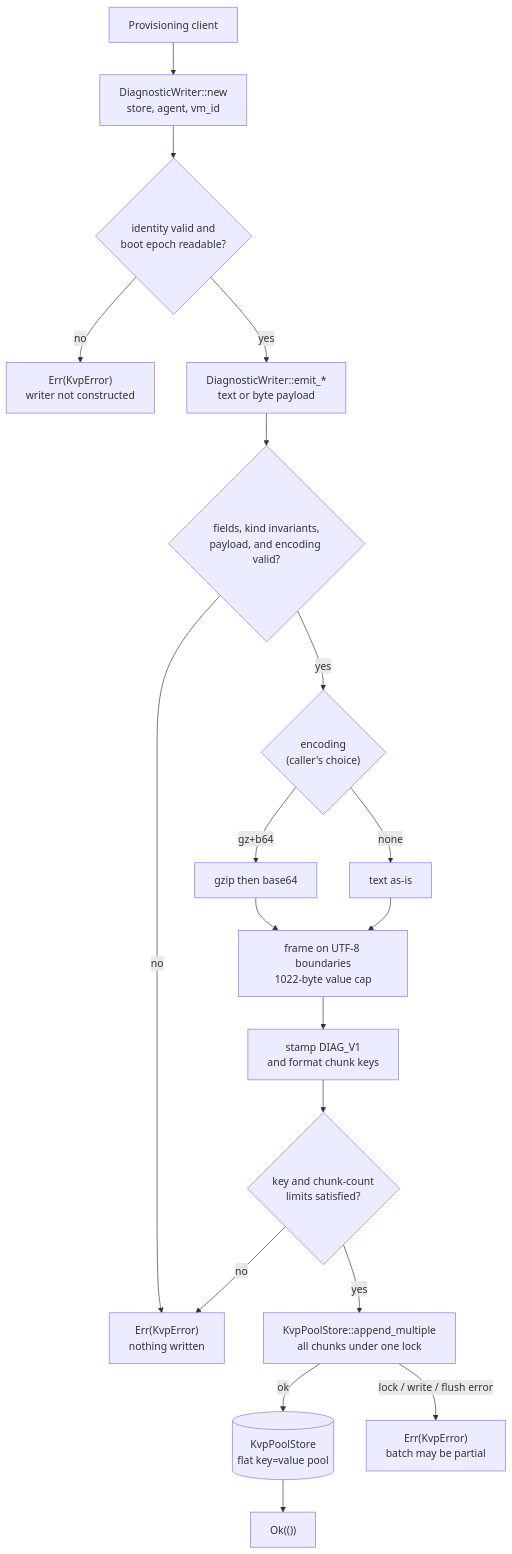
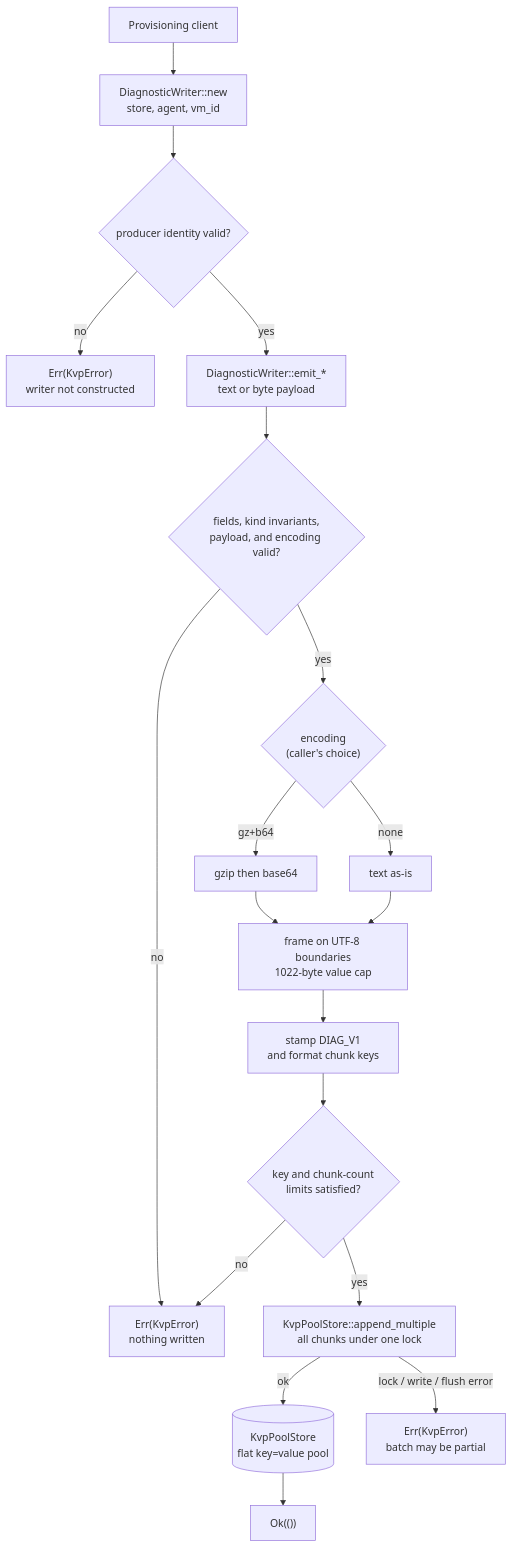
Before and after one commit to peytonr18/azure-init: the first of 2 diagrams in libazureinit-kvp/diagnostics-proposal.md, drawn with Mermaid. The commit also changed other lines of this file, not shown here.

Commit message:
docs(kvp): remove boot epoch from diagnostics schema

````diff
--- a/libazureinit-kvp/diagnostics-proposal.md
+++ b/libazureinit-kvp/diagnostics-proposal.md
@@ -256,21 +256,21 @@
 ```mermaid
 flowchart TD
   client["Provisioning client"] --> new["DiagnosticWriter::new<br/>store, agent, vm_id"]
-  new --> init{"identity valid and<br/>boot epoch readable?"}
+  new --> init{"producer identity valid?"}
   init -->|"no"| initerr["Err(KvpError)<br/>writer not constructed"]
   init -->|"yes"| emit["DiagnosticWriter::emit_*<br/>text or byte payload"]
   emit --> valid{"fields, kind invariants,<br/>payload, and encoding valid?"}
   valid -->|"no"| inputerr["Err(KvpError)<br/>nothing written"]
   valid -->|"yes"| encsel{"encoding<br/>(caller's choice)"}
   encsel -->|"gz+b64"| gz["gzip then base64"]
   encsel -->|"none"| plain["text as-is"]
   gz --> frame["frame on UTF-8 boundaries<br/>1022-byte value cap"]
   plain --> frame
   frame --> keys["stamp DIAG_V1<br/>and format chunk keys"]
   keys --> limits{"key and chunk-count<br/>limits satisfied?"}
   limits -->|"no"| inputerr
   limits -->|"yes"| append["KvpPoolStore::append_multiple<br/>all chunks under one lock"]
   append -->|"ok"| store[("KvpPoolStore<br/>flat key=value pool")]
   store --> ok["Ok(())"]
   append -->|"lock / write / flush error"| writeerr["Err(KvpError)<br/>batch may be partial"]
 ```
````
